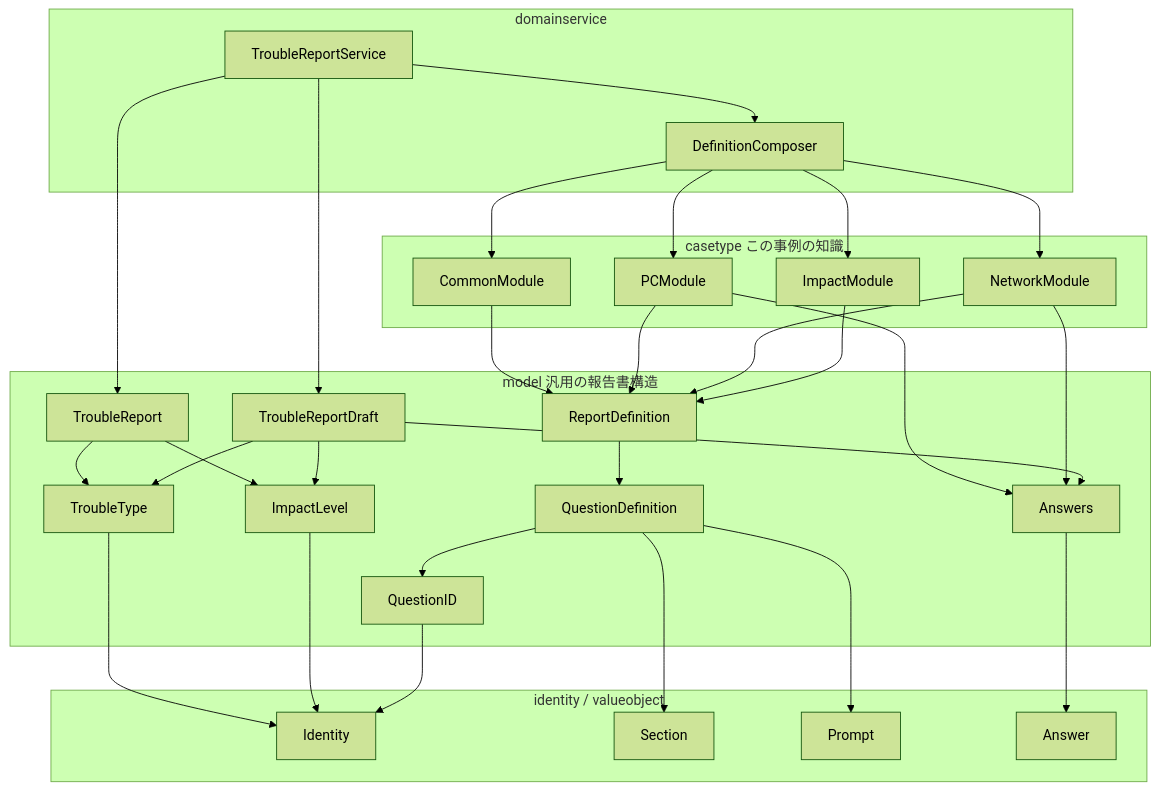
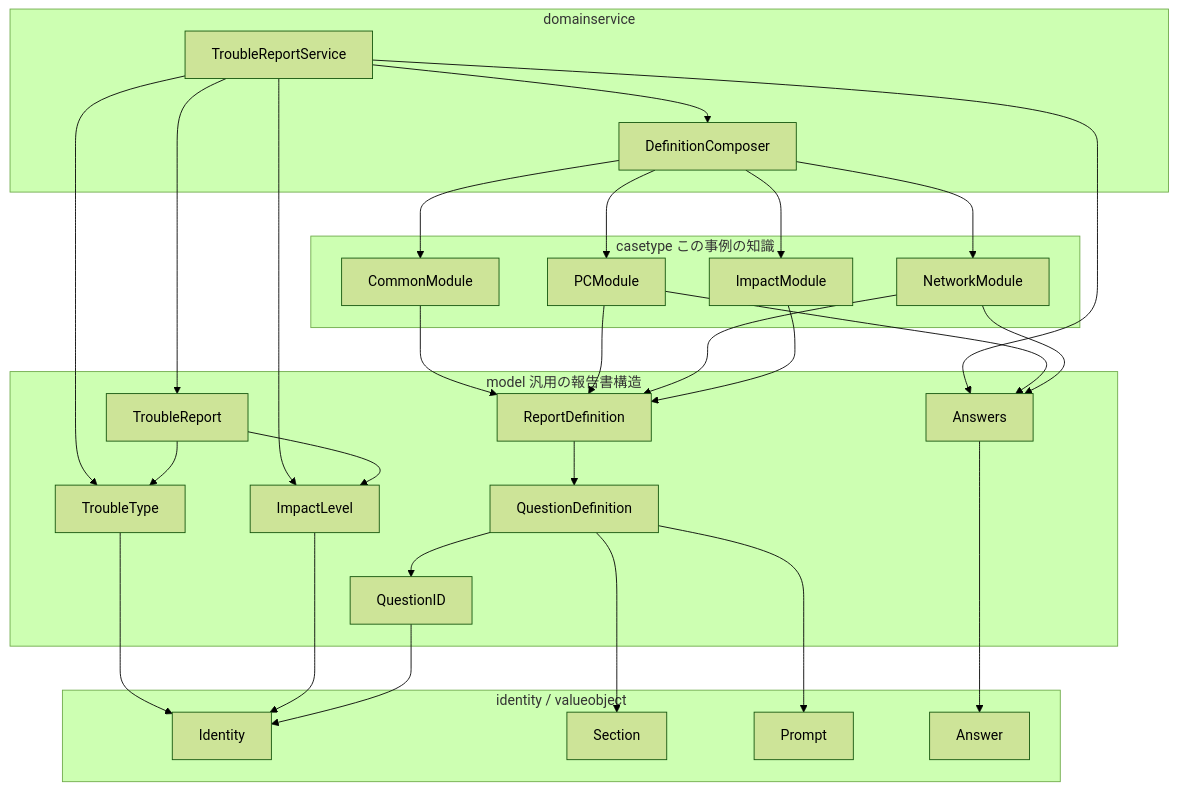
Before and after one commit to kouji0705/domain_service_study: the third of 5 diagrams in README.md, drawn with Mermaid (forest theme). The commit also changed other lines of this file and 5 other files, not shown here.

````diff
--- a/README.md
+++ b/README.md
@@ -95,59 +95,57 @@
 ```mermaid
 flowchart TB
   subgraph ds["domainservice"]
     svc[TroubleReportService]
     composer[DefinitionComposer]
   end
 
   subgraph ct["casetype  この事例の知識"]
     common[CommonModule]
     pc[PCModule]
     net[NetworkModule]
     impact[ImpactModule]
   end
 
   subgraph md["model  汎用の報告書構造"]
     report[TroubleReport]
-    draft[TroubleReportDraft]
     def[ReportDefinition]
     qdef[QuestionDefinition]
     answers[Answers]
     tt[TroubleType]
     il[ImpactLevel]
     qid[QuestionID]
   end
 
   subgraph leaf["identity / valueobject"]
     id[Identity]
     section[Section]
     prompt[Prompt]
     answer[Answer]
   end
 
   svc --> composer
   svc --> report
-  svc --> draft
+  svc --> answers
+  svc --> tt
+  svc --> il
   composer --> common
   composer --> pc
   composer --> net
   composer --> impact
   common --> def
   pc --> def
   net --> def
   impact --> def
   pc --> answers
   net --> answers
-  draft --> answers
   def --> qdef
   qdef --> qid
   qdef --> section
   qdef --> prompt
   report --> tt
   report --> il
-  draft --> tt
-  draft --> il
   tt --> id
   il --> id
   qid --> id
   answers --> answer
 ```
````
